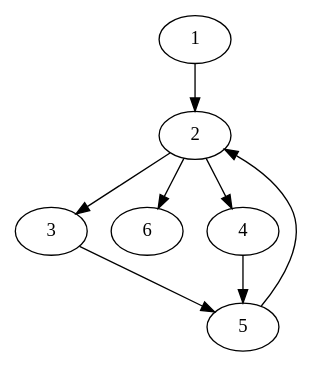
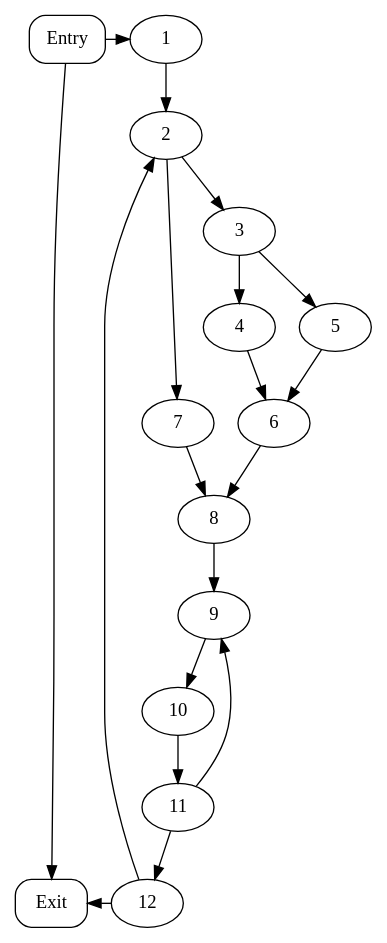
The first of 2 diagrams in site/_posts/2020-07-26-how-to-construct-ssa.md (sunziping2016/oak-tree-house), drawn with Graphviz before and after one commit. The commit also changed other lines of this file, not shown here.

````diff
--- a/site/_posts/2020-07-26-how-to-construct-ssa.md
+++ b/site/_posts/2020-07-26-how-to-construct-ssa.md
@@ -56,6 +122,24 @@
-```graphviz [render p-class="text-center"]
+```graphviz [render p-class="text-center" img-style="max-width:240px"]
 digraph {
-  1 -> 2 -> 3 -> 5 -> 2 -> 6
-  2 -> 4 -> 5
+  subgraph {
+    node[style=rounded,shape=box]
+    Entry
+    Exit
+  }
+  subgraph {
+    graph[rank=same]
+    Entry 1
+  }
+  subgraph {
+    graph[rank=same]
+    Exit 12
+  }
+  Entry -> 1 -> 2 -> 7 -> 8 -> 9 -> 10 -> 11 -> 12
+  2 -> 3 -> 4 -> 6 -> 8
+  3 -> 5 -> 6
+  11 -> 9
+  12 -> 2
+  Exit -> 12 [dir=back]
+  Entry -> Exit [constraint=false]
 }
 ```
````
